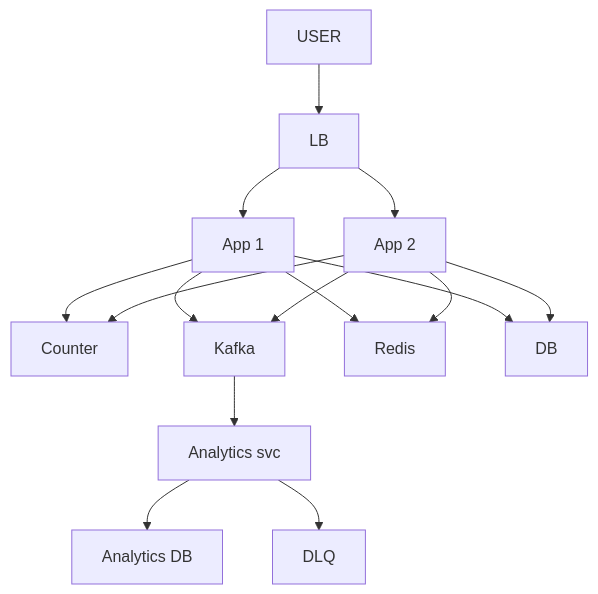
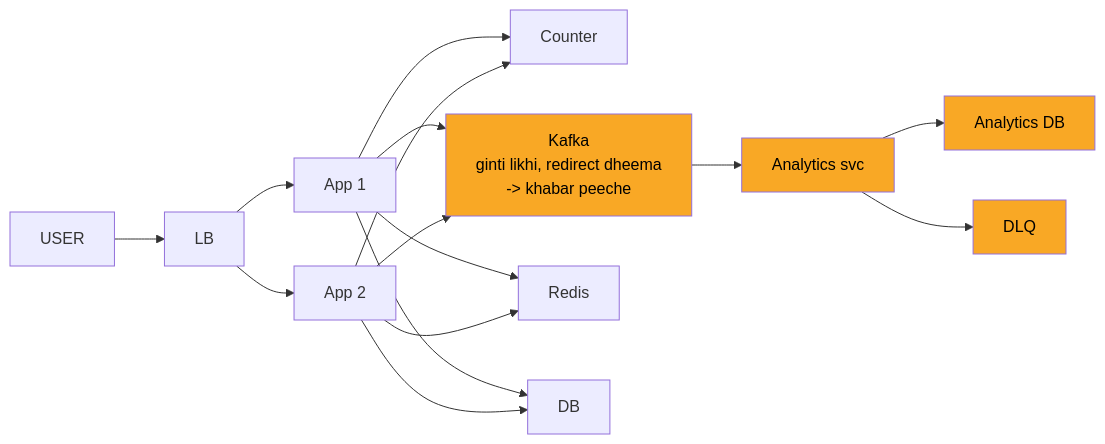
The fifth of 10 diagrams in 04_HLD/SYSTEM_DESIGNS/01_url_shortener/01_url_shortener.md (ArpanMaheshwari144/Prep), drawn with Mermaid before and after one commit. The commit also changed other lines of this file and 2 other files, not shown here.

Commit message:
url shortener, rate limiter, twitter: one-day story, short cards, follow-ups with rules, highlighted diagrams

````diff
--- a/04_HLD/SYSTEM_DESIGNS/01_url_shortener/01_url_shortener.md
+++ b/04_HLD/SYSTEM_DESIGNS/01_url_shortener/01_url_shortener.md
@@ -223,28 +217,32 @@
 ```mermaid
-flowchart TD
+flowchart LR
     n_USER["USER"]
     n_LB["LB"]
     n_App_x_N_1["App 1"]
     n_App_x_N_2["App 2"]
     n_Counter["Counter"]
-    n_Kafka["Kafka"]
+    n_Kafka["Kafka<br/>ginti likhi, redirect dheema<br/>-> khabar peeche"]
     n_Analytics_svc["Analytics svc"]
     n_Analytics_DB["Analytics DB"]
     n_DLQ["DLQ"]
     n_Redis["Redis"]
     n_DB["DB"]
     n_USER --> n_LB
     n_LB --> n_App_x_N_1
     n_LB --> n_App_x_N_2
     n_App_x_N_1 --> n_Counter
     n_App_x_N_2 --> n_Counter
     n_App_x_N_1 --> n_Kafka
     n_App_x_N_2 --> n_Kafka
     n_App_x_N_1 --> n_Redis
     n_App_x_N_2 --> n_Redis
     n_Kafka --> n_Analytics_svc
     n_Analytics_svc --> n_Analytics_DB
     n_App_x_N_1 --> n_DB
     n_App_x_N_2 --> n_DB
     n_Analytics_svc --> n_DLQ
+    style n_Kafka fill:#f9a825,color:#000
+    style n_Analytics_svc fill:#f9a825,color:#000
+    style n_Analytics_DB fill:#f9a825,color:#000
+    style n_DLQ fill:#f9a825,color:#000
 ```
````
